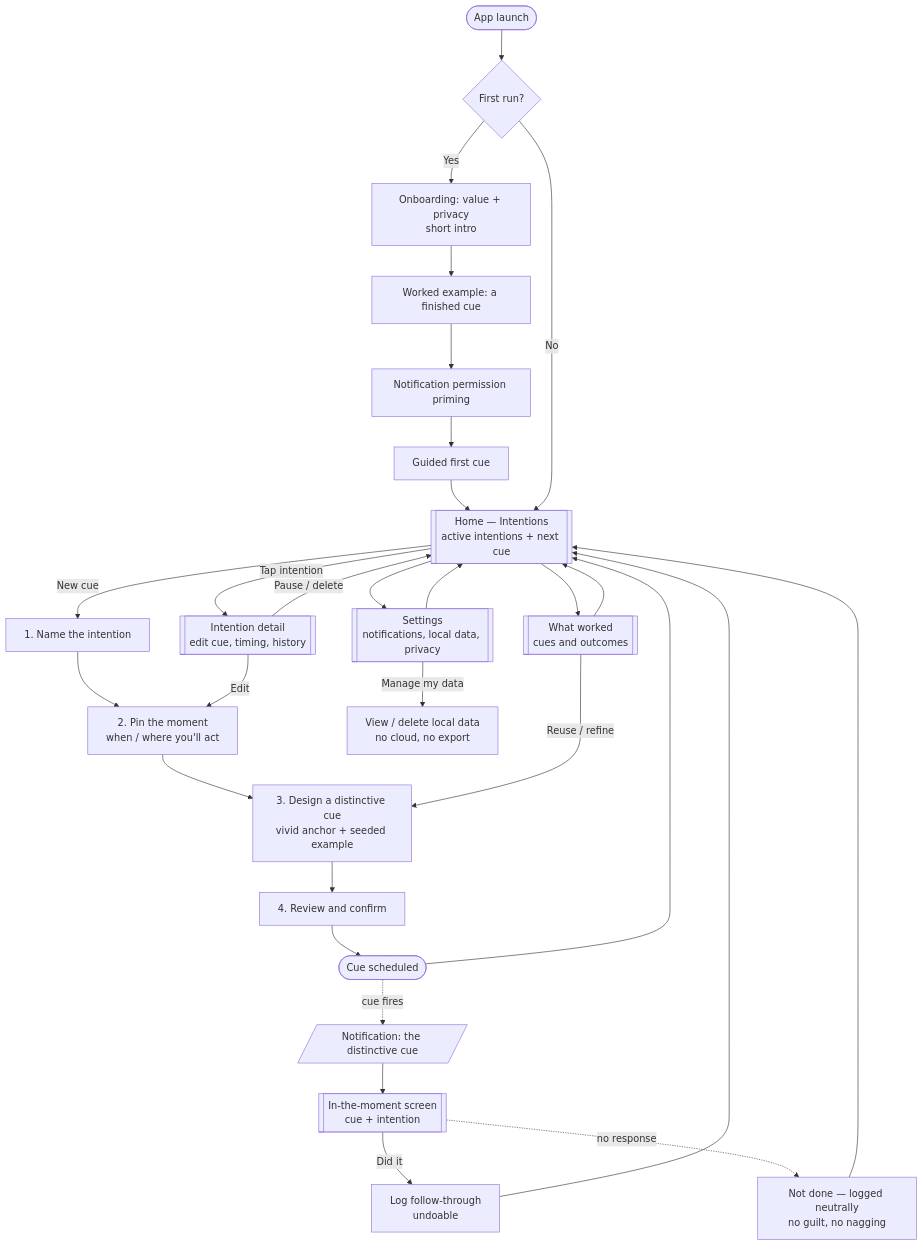
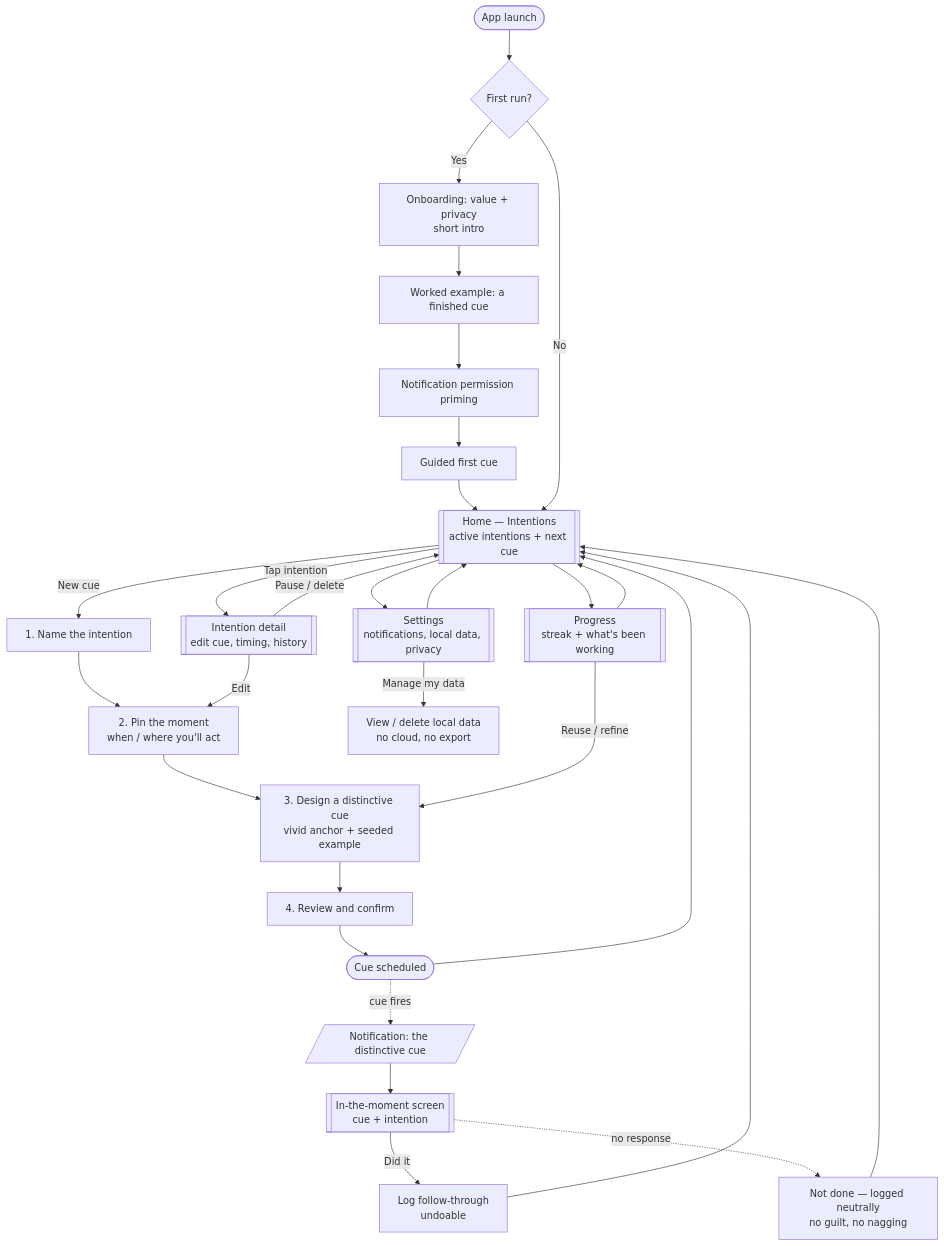
The diagram in docs/references/MVP_User_Flow_IA.md (timothydeas/follow-through), drawn with Mermaid before and after one commit. The commit also changed other lines of this file and 48 other files, not shown here.

First line of the commit message:
Add Progress tab (forgiving streak + direction check-ins), app lock, release polish

````diff
--- a/docs/references/MVP_User_Flow_IA.md
+++ b/docs/references/MVP_User_Flow_IA.md
@@ -57,35 +58,35 @@
 ```mermaid
 flowchart TD
     Launch([App launch]) --> FirstRun{First run?}
     FirstRun -- Yes --> Onb[Onboarding: value + privacy<br/>short intro]
     Onb --> Demo[Worked example: a finished cue]
     Demo --> Prime[Notification permission priming]
     Prime --> CreateFirst[Guided first cue]
     CreateFirst --> Home
     FirstRun -- No --> Home[[Home — Intentions<br/>active intentions + next cue]]
 
-    Home --> Worked[[What worked<br/>cues and outcomes]]
+    Home --> Worked[[Progress<br/>streak + what's been working]]
     Home --> Settings[[Settings<br/>notifications, local data, privacy]]
     Worked --> Home
     Settings --> Home
 
     Home -- New cue --> S1[1. Name the intention]
     S1 --> S2[2. Pin the moment<br/>when / where you'll act]
     S2 --> S3[3. Design a distinctive cue<br/>vivid anchor + seeded example]
     S3 --> S4[4. Review and confirm]
     S4 --> Sched([Cue scheduled])
     Sched --> Home
 
     Sched -. cue fires .-> Notif[/Notification: the distinctive cue/]
     Notif --> Moment[[In-the-moment screen<br/>cue + intention]]
     Moment -- Did it --> Done[Log follow-through<br/>undoable]
     Moment -. no response .-> Neutral[Not done — logged neutrally<br/>no guilt, no nagging]
     Done --> Home
     Neutral --> Home
 
     Home -- Tap intention --> Detail[[Intention detail<br/>edit cue, timing, history]]
     Detail -- Edit --> S2
     Detail -- Pause / delete --> Home
     Worked -- Reuse / refine --> S3
     Settings -- Manage my data --> Data[View / delete local data<br/>no cloud, no export]
 ```
````
